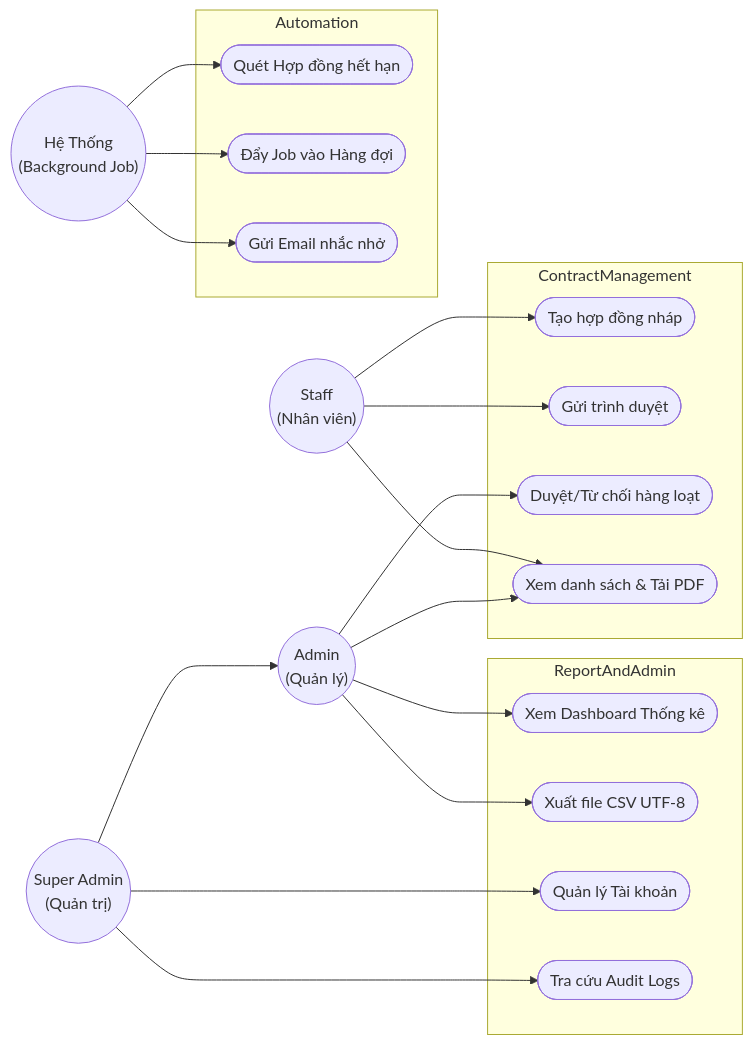
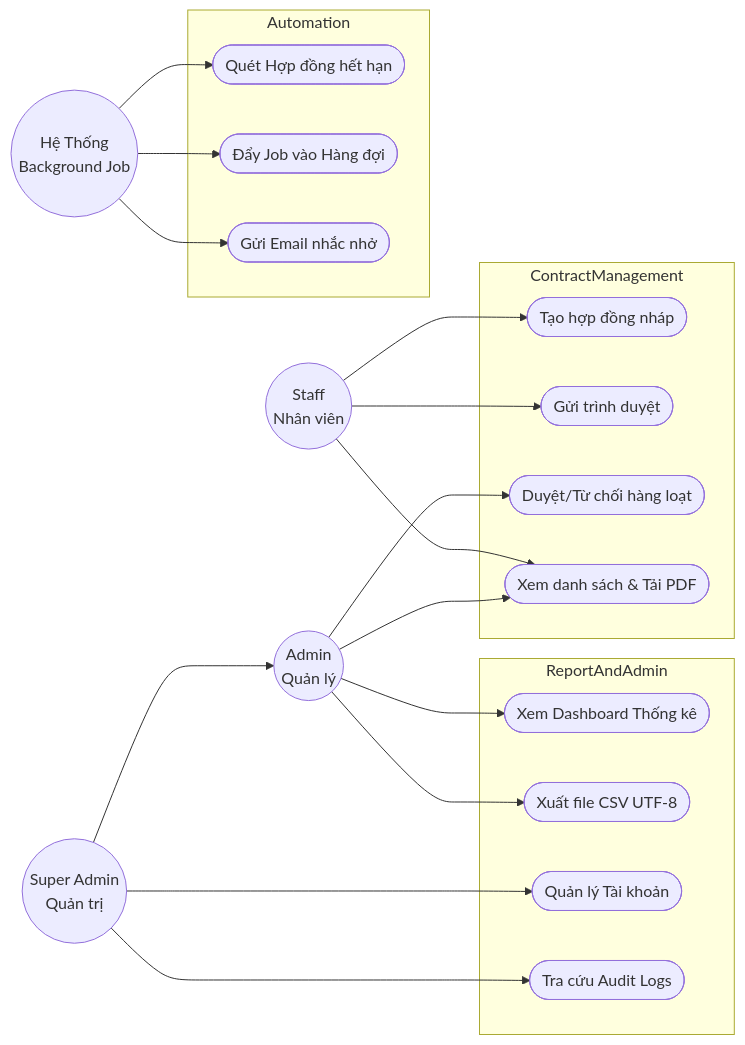
The second of 4 diagrams in README.md (Terence-0310/QL_HDDV), drawn with Mermaid before and after one commit. The commit also changed other lines of this file, not shown here.

Commit message:
docs: fix README mermaid diagrams not rendering
- use-case diagram: thay \n bằng <br/> trong nhãn node (Mermaid không hỗ trợ \n)
- state diagram: đổi "<= 30 ngày" thành "≤ 30 ngày" (ký tự < bị hiểu nhầm là thẻ HTML)

````diff
--- a/README.md
+++ b/README.md
@@ -81,49 +81,49 @@
 ```mermaid
 flowchart LR
     %% Định dạng Actors
-    System(("Hệ Thống\n(Background Job)"))
-    Staff(("Staff\n(Nhân viên)"))
-    Admin(("Admin\n(Quản lý)"))
-    SuperAdmin(("Super Admin\n(Quản trị)"))
+    System(("Hệ Thống<br/>Background Job"))
+    Staff(("Staff<br/>Nhân viên"))
+    Admin(("Admin<br/>Quản lý"))
+    SuperAdmin(("Super Admin<br/>Quản trị"))
 
     %% Nhóm Usecase Hợp đồng
     subgraph ContractManagement
         UC_Create([Tạo hợp đồng nháp])
         UC_Submit([Gửi trình duyệt])
         UC_Approve([Duyệt/Từ chối hàng loạt])
         UC_View([Xem danh sách & Tải PDF])
     end
 
     %% Nhóm Usecase Hệ thống & Báo cáo
     subgraph ReportAndAdmin
         UC_Report([Xem Dashboard Thống kê])
         UC_Export([Xuất file CSV UTF-8])
         UC_Users([Quản lý Tài khoản])
         UC_Audit([Tra cứu Audit Logs])
     end
 
     %% Nhóm Usecase Tự động
     subgraph Automation
         UC_Scan([Quét Hợp đồng hết hạn])
         UC_Queue([Đẩy Job vào Hàng đợi])
         UC_Mail([Gửi Email nhắc nhở])
     end
 
     %% Gán luồng
     Staff --> UC_Create
     Staff --> UC_Submit
     Staff --> UC_View
 
     Admin --> UC_Approve
     Admin --> UC_Report
     Admin --> UC_Export
     Admin --> UC_View
 
     SuperAdmin --> Admin
     SuperAdmin --> UC_Users
     SuperAdmin --> UC_Audit
 
     System --> UC_Scan
     System --> UC_Queue
     System --> UC_Mail
 ```
````
